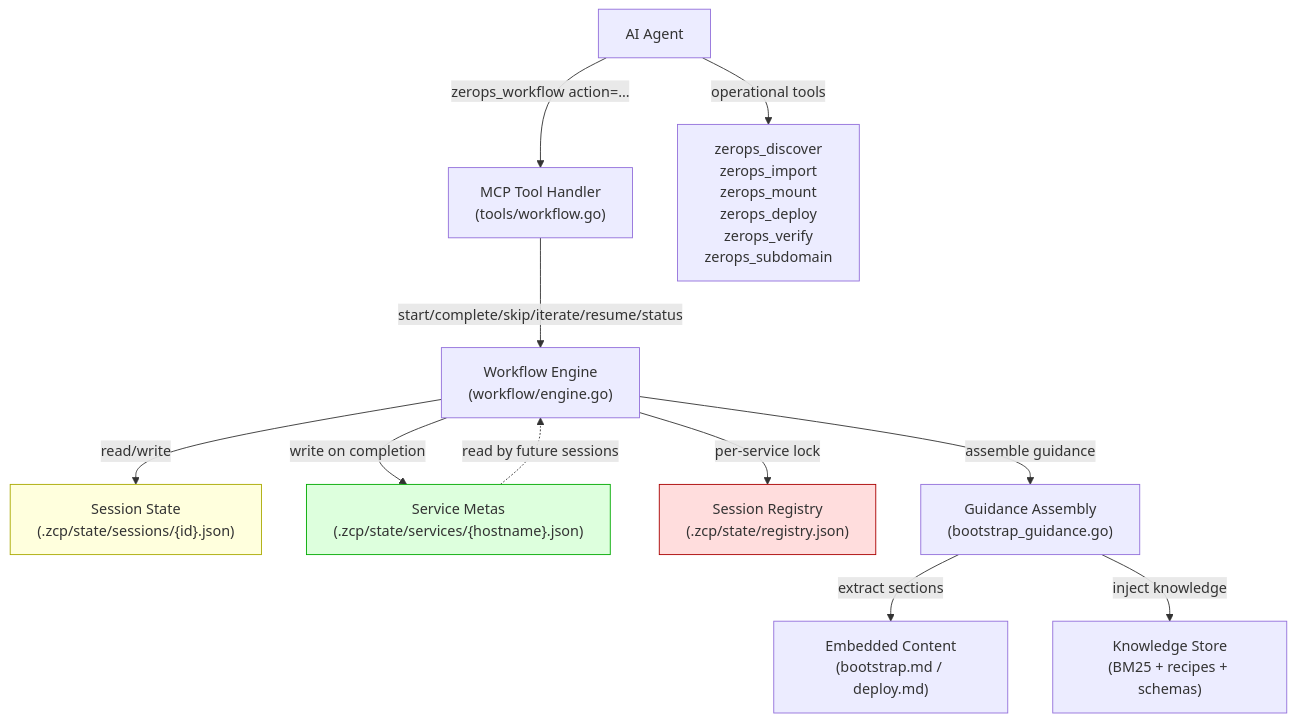
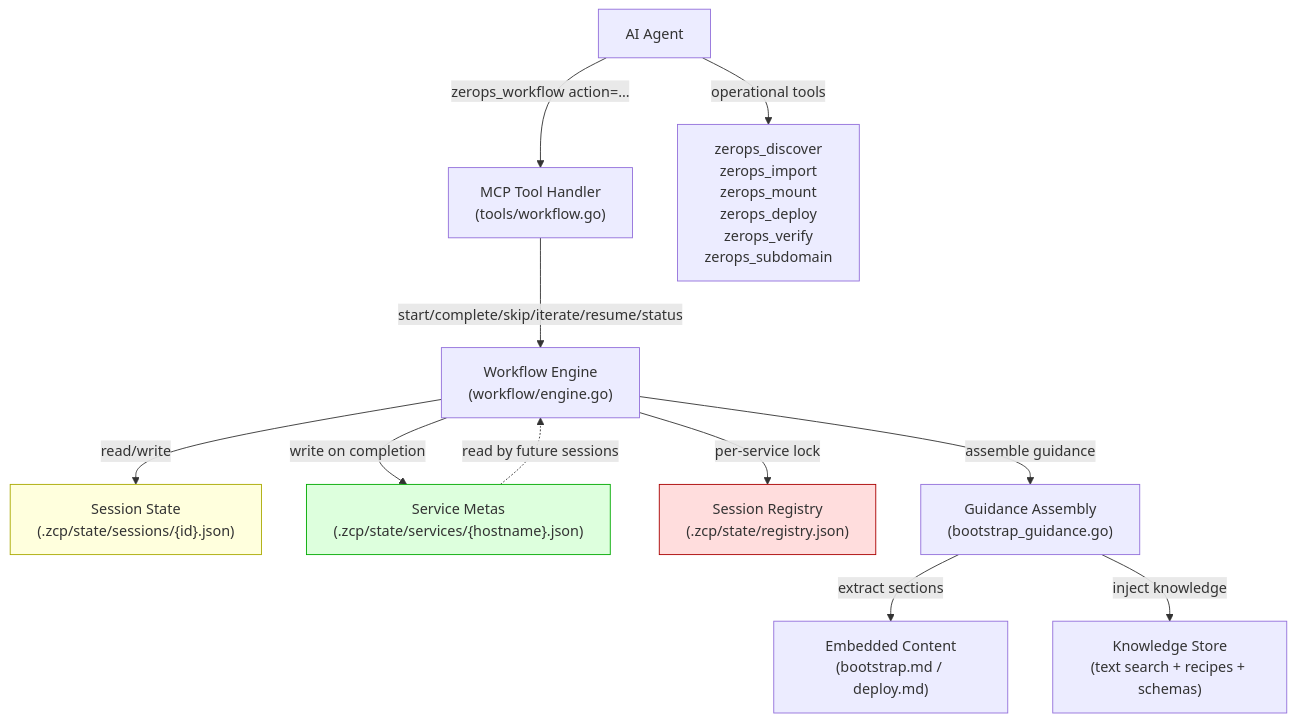
The first of 8 diagrams in docs/spec-bootstrap-deploy.md (zeropsio/zcp), drawn with Mermaid before and after one commit. The commit also changed 8 other files, not shown here.

````diff
--- a/docs/spec-bootstrap-deploy.md
+++ b/docs/spec-bootstrap-deploy.md
@@ -30,20 +30,20 @@
 ```mermaid
 graph TB
     Agent["AI Agent"] -->|"zerops_workflow action=..."| Tool["MCP Tool Handler<br/>(tools/workflow.go)"]
     Tool -->|"start/complete/skip/iterate/resume/status"| Engine["Workflow Engine<br/>(workflow/engine.go)"]
     Engine -->|"read/write"| Session["Session State<br/>(.zcp/state/sessions/{id}.json)"]
     Engine -->|"write on completion"| Meta["Service Metas<br/>(.zcp/state/services/{hostname}.json)"]
     Engine -->|"per-service lock"| Registry["Session Registry<br/>(.zcp/state/registry.json)"]
 
     Engine -->|"assemble guidance"| Guidance["Guidance Assembly<br/>(bootstrap_guidance.go)"]
     Guidance -->|"extract sections"| Content["Embedded Content<br/>(bootstrap.md / deploy.md)"]
-    Guidance -->|"inject knowledge"| Knowledge["Knowledge Store<br/>(BM25 + recipes + schemas)"]
+    Guidance -->|"inject knowledge"| Knowledge["Knowledge Store<br/>(text search + recipes + schemas)"]
 
     Agent -->|"operational tools"| OpTools["zerops_discover<br/>zerops_import<br/>zerops_mount<br/>zerops_deploy<br/>zerops_verify<br/>zerops_subdomain"]
 
     Meta -.->|"read by future sessions"| Engine
 
     style Session fill:#ffd,stroke:#aa0
     style Meta fill:#dfd,stroke:#0a0
     style Registry fill:#fdd,stroke:#a00
 ```
````
